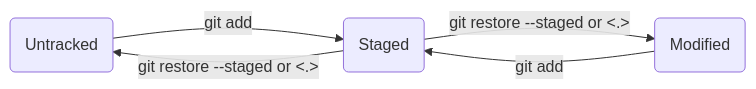
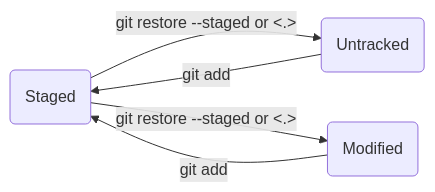
Before and after one commit to IgnatyKhramtsov/project_in_the_world: the second of 3 diagrams in README.md, drawn with Mermaid.

Commit message:
Новое

````diff
--- a/README.md
+++ b/README.md
@@ -35,8 +35,7 @@
 ```mermaid
 flowchart LR
-
-U(Untracked) -->|git add| S(Staged)
-M(Modified) -->|git add| S
-S -->|git restore --staged <file> or <.>| U
-S -->|git restore --staged <file> or <.>| M
+S(Staged) -->|git restore --staged <file> or <.>| U(Untracked)
+S -->|git restore --staged <file> or <.>| M(Modified)
+U -->|git add| S
+M -->|git add| S
 ```
````
